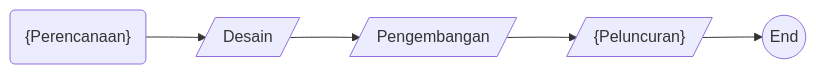
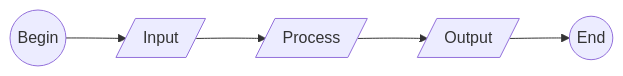
The diagram in content/notes/xx1000/hello-world.md (birongzah/lecture-notes), drawn with Mermaid before and after one commit. The commit also changed other lines of this file, not shown here.

```diff
--- a/content/notes/xx1000/hello-world.md
+++ b/content/notes/xx1000/hello-world.md
@@ -16,12 +14,12 @@
 {{< mermaid >}}
 flowchart LR
-  B("{Perencanaan}")
-  I[/"Desain"/]
-  P[/"Pengembangan"/]
-  O[/"{Peluncuran}"/]
+  B(("Begin"))
+  I[/"Input"/]
+  P[/"Process"/]
+  O[/"Output"/]
   E(("End"))
   B --> I
   I --> P
   P --> O
   O --> E
 {{< /mermaid >}}
```
